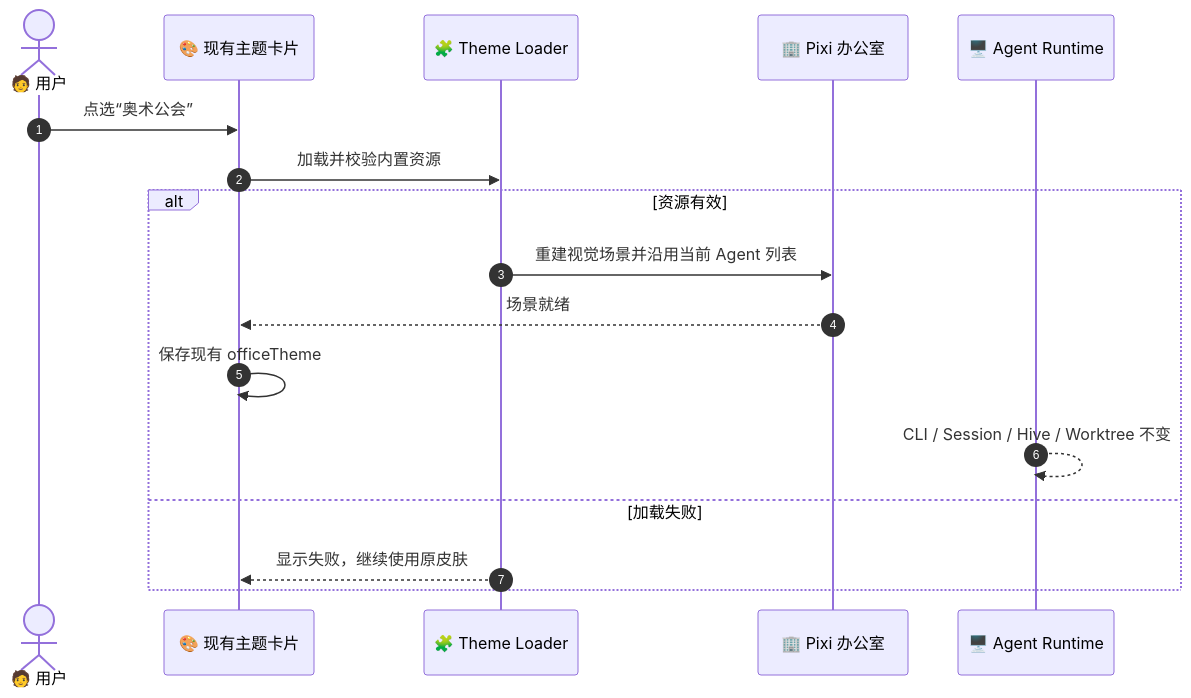
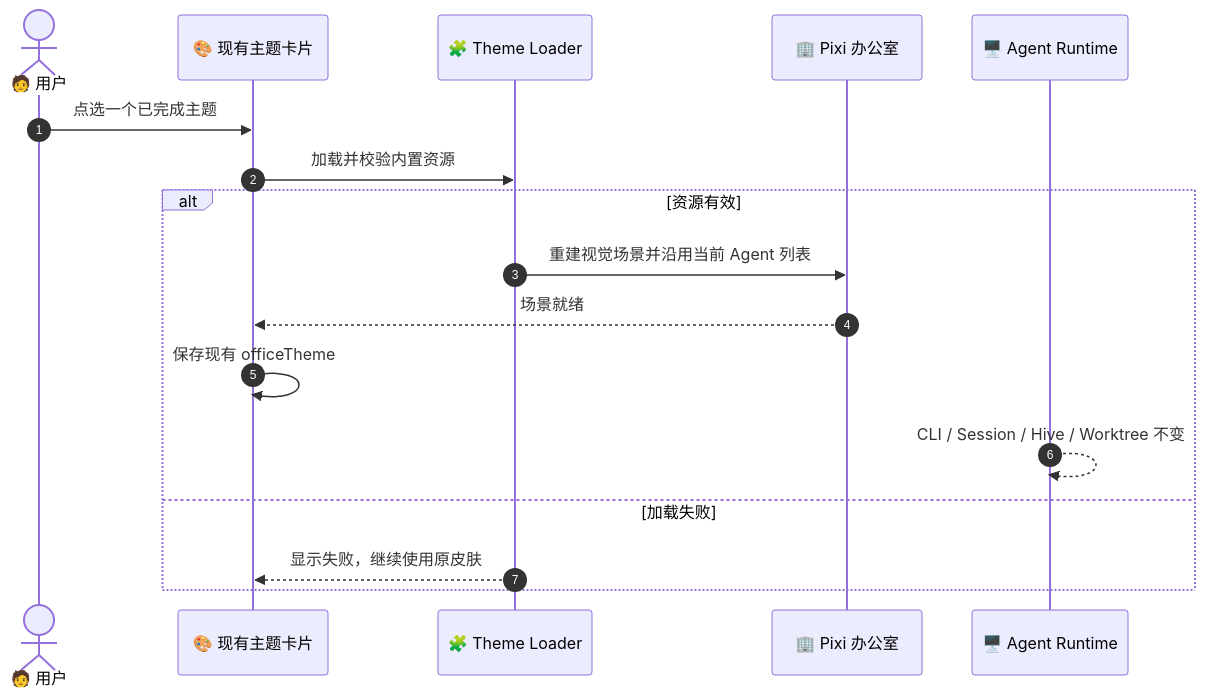
The fourth of 5 diagrams in docs/diy/实施规划/03-Munder-Difflin-Wave-6及后续设计结论与实施规划.md (kldancer/munder-difflin), drawn with Mermaid before and after one commit. The commit also changed other lines of this file and 66 other files, not shown here.

````diff
--- a/docs/diy/实施规划/03-Munder-Difflin-Wave-6及后续设计结论与实施规划.md
+++ b/docs/diy/实施规划/03-Munder-Difflin-Wave-6及后续设计结论与实施规划.md
@@ -295,20 +292,20 @@
 ```mermaid
 sequenceDiagram
     autonumber
     actor User as 🧑 用户
     participant Picker as 🎨 现有主题卡片
     participant Loader as 🧩 Theme Loader
     participant Floor as 🏢 Pixi 办公室
     participant Runtime as 🖥️ Agent Runtime
 
-    User->>Picker: 点选“奥术公会”
+    User->>Picker: 点选一个已完成主题
     Picker->>Loader: 加载并校验内置资源
     alt 资源有效
         Loader->>Floor: 重建视觉场景并沿用当前 Agent 列表
         Floor-->>Picker: 场景就绪
         Picker->>Picker: 保存现有 officeTheme
         Runtime-->>Runtime: CLI / Session / Hive / Worktree 不变
     else 加载失败
         Loader-->>Picker: 显示失败，继续使用原皮肤
     end
 ```
````
